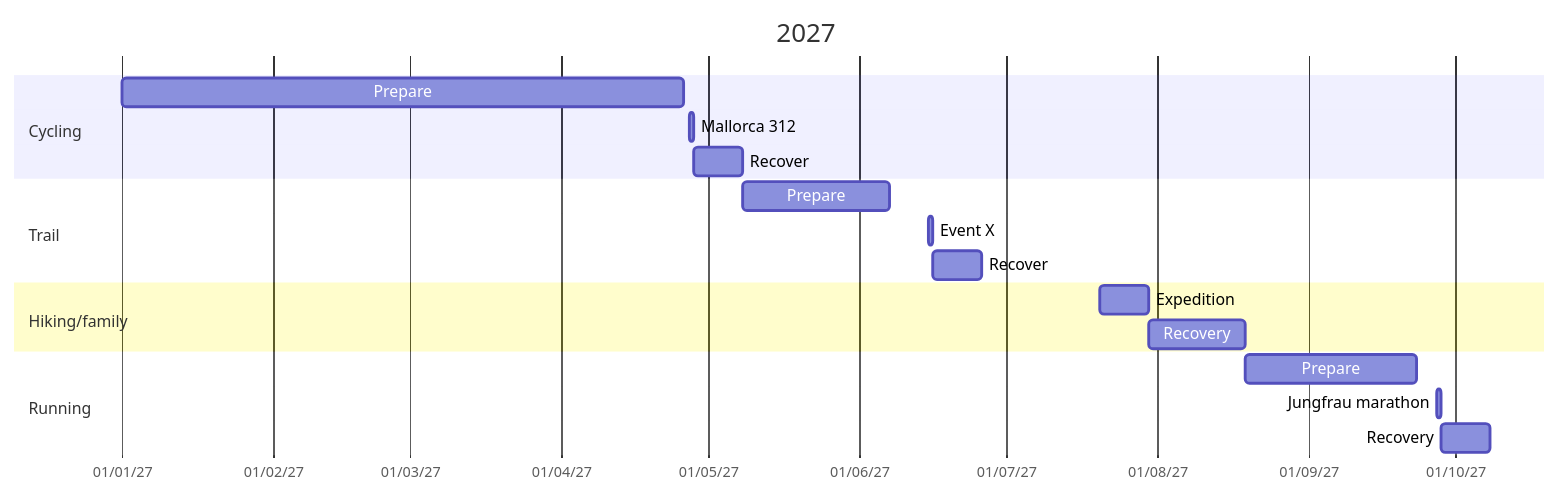
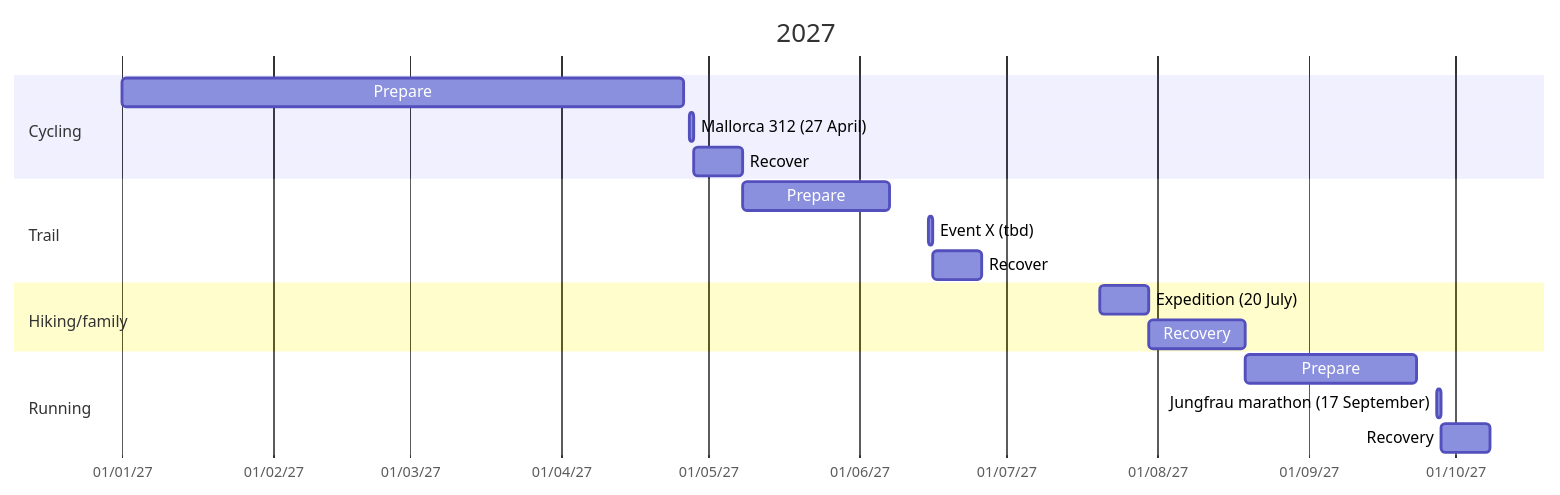
The second of 2 diagrams in _posts/27-09-2027-sport-events-planning.md (onekrasov/onekrasov.github.io), drawn with Mermaid before and after one commit. The commit also changed other lines of this file, not shown here.

Commit message:
Add dates to event names in planning document

````diff
--- a/_posts/27-09-2027-sport-events-planning.md
+++ b/_posts/27-09-2027-sport-events-planning.md
@@ -15,21 +15,21 @@
 ```mermaid
 gantt
     title 2027
     dateFormat DD-MM-YY
     axisFormat %d/%m/%y
     section Cycling
     Prepare: b1, 01-01-27, 115d
-    Mallorca 312: m312, 27-04-27, 1d
+    Mallorca 312 (27 April): m312, 27-04-27, 1d
     Recover: m312r, after m312, 10d
     section Trail
     Prepare: after m312r, 30d
-    Event X: ex, 15-06-27, 1d
+    Event X (tbd): ex, 15-06-27, 1d
     Recover: after ex, 10d
     section Hiking/family
-    Expedition: e1, 20-07-27, 10d
+    Expedition (20 July): e1, 20-07-27, 10d
     Recovery: r2, after e1, 20d
     section Running
     Prepare: after r2, 35d
-    Jungfrau marathon: jm, 27-09-27, 1d
+    Jungfrau marathon (17 September): jm, 27-09-27, 1d
     Recovery: after jm, 10d
 ```
````
